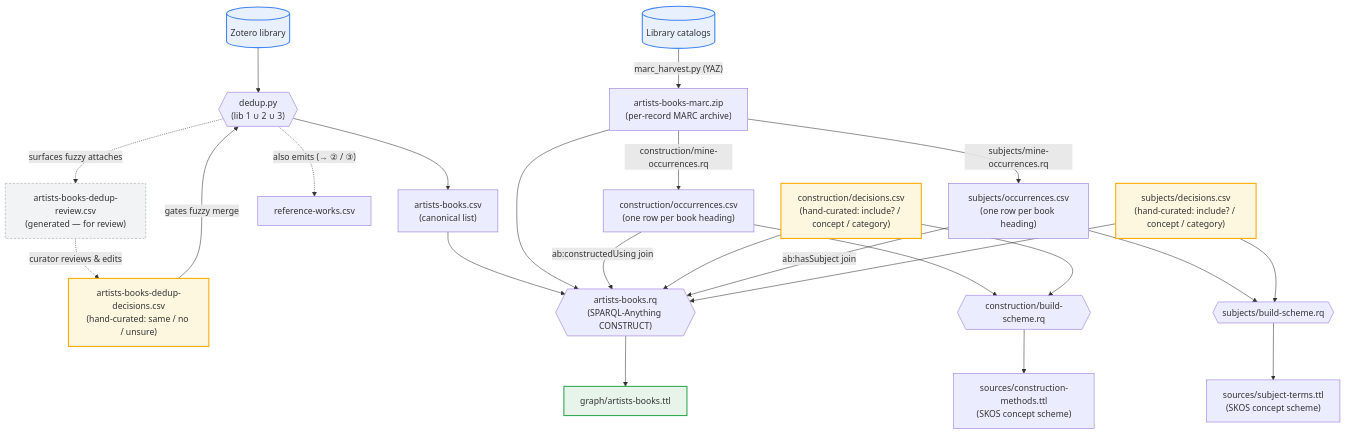
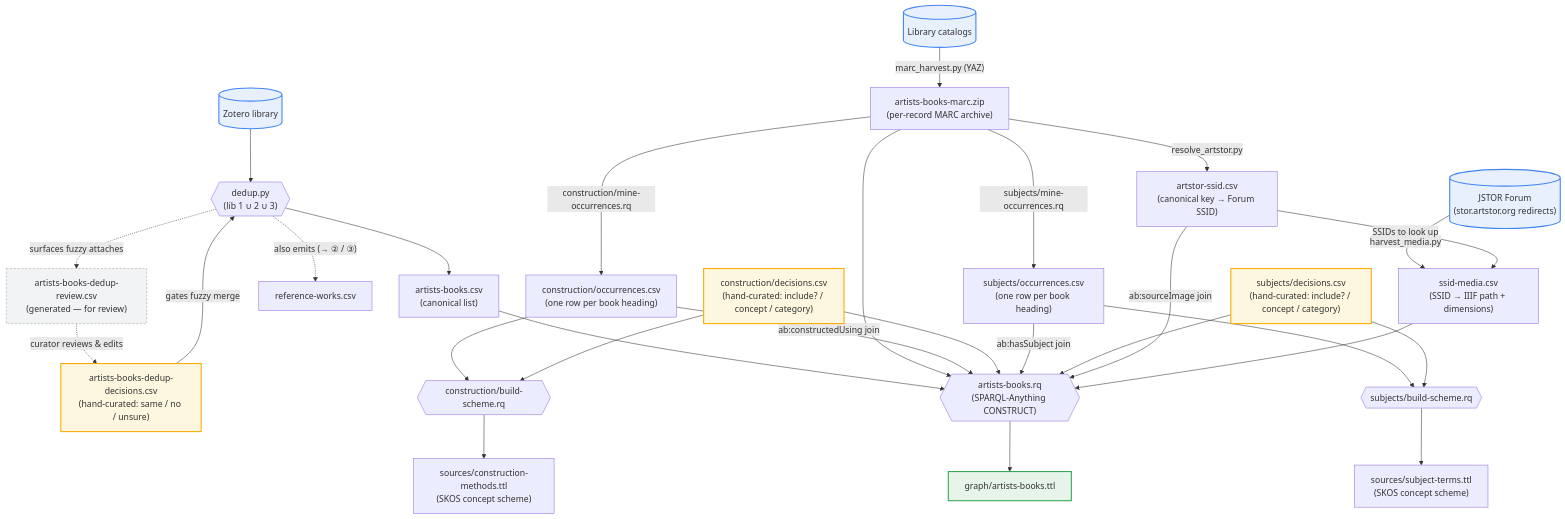
One commit to dkglab/artists-books changed the second of 5 diagrams in docs/PIPELINE.md. Above: the diagram before and after it, drawn with Mermaid. The commit also changed other lines of this file and 1 other file, not shown here.

First line of the commit message:
docs: document the image track in CLAUDE.md and PIPELINE.md (#9)

````diff
--- a/docs/PIPELINE.md
+++ b/docs/PIPELINE.md
@@ -56,45 +56,52 @@
 ```mermaid
 flowchart TD
     zotero[("Zotero library")]
     catalogs[("Library catalogs")]
 
     %% ---- dedup (shared source extraction; also emits reference-works.csv) ----
     zotero --> dedup{{"dedup.py<br/>(lib 1 ∪ 2 ∪ 3)"}}
     abddec["artists-books-dedup-decisions.csv<br/>(hand-curated: same / no / unsure)"] -->|"gates fuzzy merge"| dedup
     dedup --> abcsv["artists-books.csv<br/>(canonical list)"]
     dedup -.->|"surfaces fuzzy attaches"| abdrev["artists-books-dedup-review.csv<br/>(generated — for review)"]
     abdrev -.->|"curator reviews & edits"| abddec
     dedup -.->|"also emits (→ ② / ③)"| refcsv["reference-works.csv"]
 
     catalogs -->|"marc_harvest.py (YAZ)"| marc["artists-books-marc.zip<br/>(per-record MARC archive)"]
 
     %% ---- construction-methods SKOS (how a book is made) ----
     marc -->|"construction/mine-occurrences.rq"| cocc["construction/occurrences.csv<br/>(one row per book heading)"]
     cocc --> cbuild{{"construction/build-scheme.rq"}}
     cdec["construction/decisions.csv<br/>(hand-curated: include? / concept / category)"] --> cbuild
     cbuild --> cmttl["sources/construction-methods.ttl<br/>(SKOS concept scheme)"]
 
     %% ---- subject-terms SKOS (what a book is about) ----
     marc -->|"subjects/mine-occurrences.rq"| socc["subjects/occurrences.csv<br/>(one row per book heading)"]
     socc --> sbuild{{"subjects/build-scheme.rq"}}
     sdec["subjects/decisions.csv<br/>(hand-curated: include? / concept / category)"] --> sbuild
     sbuild --> smttl["sources/subject-terms.ttl<br/>(SKOS concept scheme)"]
 
+    %% ---- JSTOR IIIF images (what a book looks like) ----
+    marc -->|"resolve_artstor.py"| assid["artstor-ssid.csv<br/>(canonical key → Forum SSID)"]
+    jstor[("JSTOR Forum<br/>(stor.artstor.org redirects)")] -->|"harvest_media.py"| smedia
+    assid -->|"SSIDs to look up"| smedia["ssid-media.csv<br/>(SSID → IIIF path + dimensions)"]
+
     %% ---- CONSTRUCT ----
     abcsv --> abrq{{"artists-books.rq<br/>(SPARQL-Anything CONSTRUCT)"}}
     marc --> abrq
     cocc -->|"ab:constructedUsing join"| abrq
     cdec --> abrq
     socc -->|"ab:hasSubject join"| abrq
     sdec --> abrq
+    assid -->|"ab:sourceImage join"| abrq
+    smedia --> abrq
     abrq --> abttl["graph/artists-books.ttl"]
 
     classDef input fill:#e8f0fe,stroke:#4285f4,stroke-width:2px;
     classDef output fill:#e6f4ea,stroke:#34a853,stroke-width:2px;
     classDef curation fill:#fef7e0,stroke:#f9ab00,stroke-width:2px;
     classDef review fill:#f1f3f4,stroke:#9aa0a6,stroke-width:1px,stroke-dasharray:4 3;
-    class zotero,catalogs input;
+    class zotero,catalogs,jstor input;
     class abddec,cdec,sdec curation;
     class abdrev review;
     class abttl output;
 ```
````
